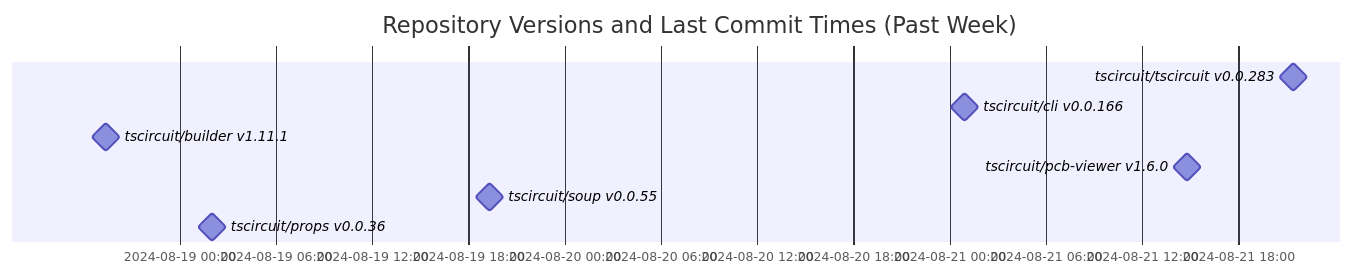
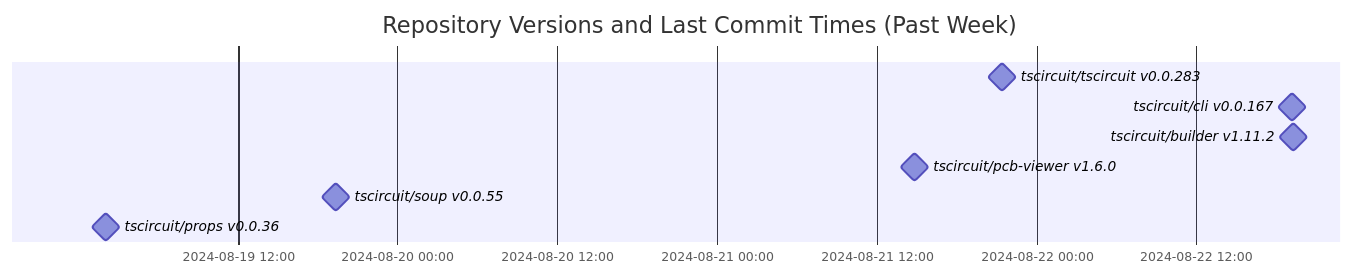
Before and after one commit to tscircuit/version-tracker: the diagram in README.md, drawn with Mermaid.

Commit message:
Update chart

````diff
--- a/README.md
+++ b/README.md
@@ -1,13 +1,13 @@
 ```mermaid
 gantt
   dateFormat  YYYY-MM-DD HH:mm:ss
   title Repository Versions and Last Commit Times (Past Week)
   axisFormat %Y-%m-%d %H:%M
 
   tscircuit/tscircuit v0.0.283 : milestone, 2024-08-21 21:23:58, 1s
-  tscircuit/cli v0.0.166 : milestone, 2024-08-21 00:55:12, 1s
-  tscircuit/builder v1.11.1 : milestone, 2024-08-18 19:26:24, 1s
+  tscircuit/cli v0.0.167 : milestone, 2024-08-22 19:13:45, 1s
+  tscircuit/builder v1.11.2 : milestone, 2024-08-22 19:17:19, 1s
   tscircuit/pcb-viewer v1.6.0 : milestone, 2024-08-21 14:48:25, 1s
   tscircuit/soup v0.0.55 : milestone, 2024-08-19 19:22:24, 1s
   tscircuit/props v0.0.36 : milestone, 2024-08-19 02:05:19, 1s
 ```
````
